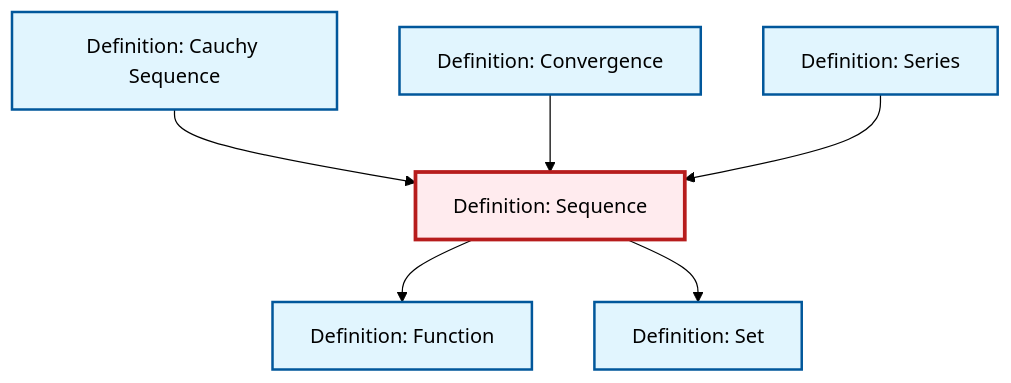
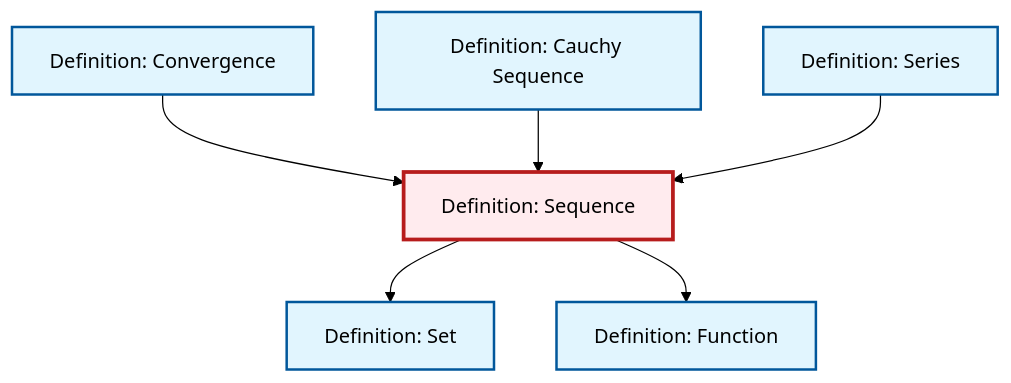
The diagram in content/en/analysis/def-sequence.qmd (RK0429/ModernMath), drawn with Mermaid (forest theme) before and after one commit. The commit also changed other lines of this file and 1012 other files, not shown here.

````diff
--- a/content/en/analysis/def-sequence.qmd
+++ b/content/en/analysis/def-sequence.qmd
@@ -76,26 +76,26 @@
 ```{mermaid}
 %%| fig-cap: "Local dependency graph"
 graph TD
     classDef definition fill:#e1f5fe,stroke:#01579b,stroke-width:2px
     classDef theorem fill:#f3e5f5,stroke:#4a148c,stroke-width:2px
     classDef axiom fill:#fff3e0,stroke:#e65100,stroke-width:2px
     classDef example fill:#e8f5e9,stroke:#1b5e20,stroke-width:2px
     classDef current fill:#ffebee,stroke:#b71c1c,stroke-width:3px
     def-set["Definition: Set"]:::definition
     def-series["Definition: Series"]:::definition
     def-function["Definition: Function"]:::definition
+    def-convergence["Definition: Convergence"]:::definition
     def-sequence["Definition: Sequence"]:::definition
     def-cauchy-sequence["Definition: Cauchy Sequence"]:::definition
-    def-convergence["Definition: Convergence"]:::definition
-    def-cauchy-sequence --> def-sequence
-    def-sequence --> def-function
     def-convergence --> def-sequence
     def-sequence --> def-set
+    def-cauchy-sequence --> def-sequence
     def-series --> def-sequence
+    def-sequence --> def-function
     class def-sequence current
     click def-set "def-set.html" "Go to Set definition"
     click def-series "def-series.html" "Go to Series definition"
     click def-function "def-function.html" "Go to Function definition"
+    click def-convergence "def-convergence.html" "Go to Convergence definition"
     click def-cauchy-sequence "def-cauchy-sequence.html" "Go to Cauchy Sequence definition"
-    click def-convergence "def-convergence.html" "Go to Convergence definition"
 ```
````
